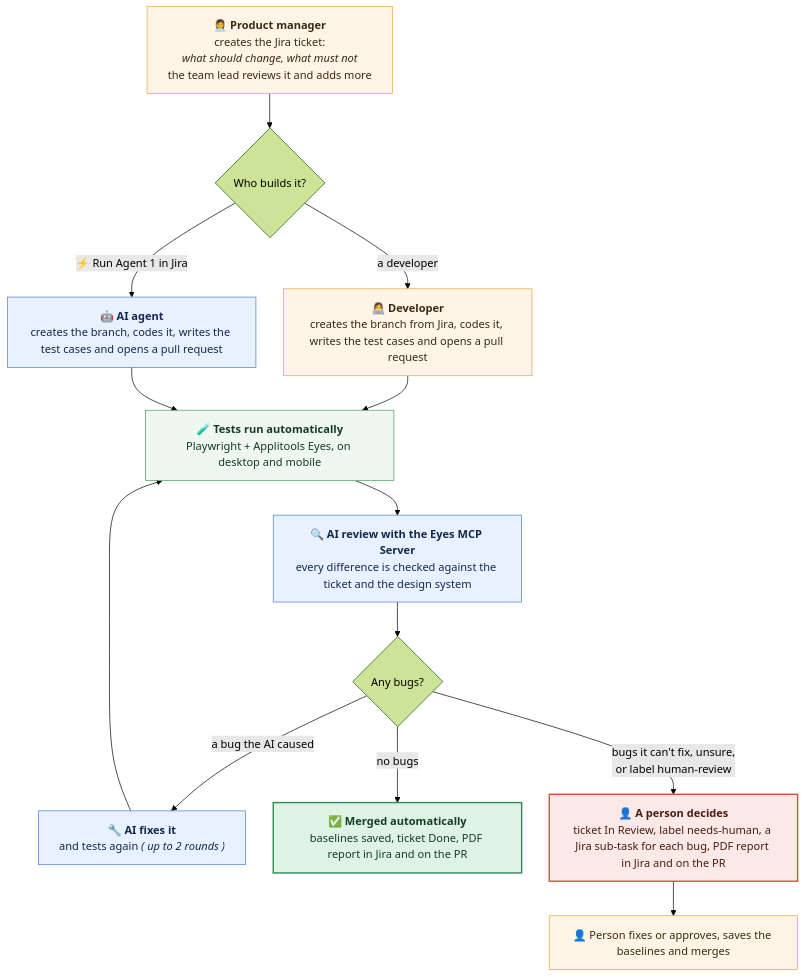
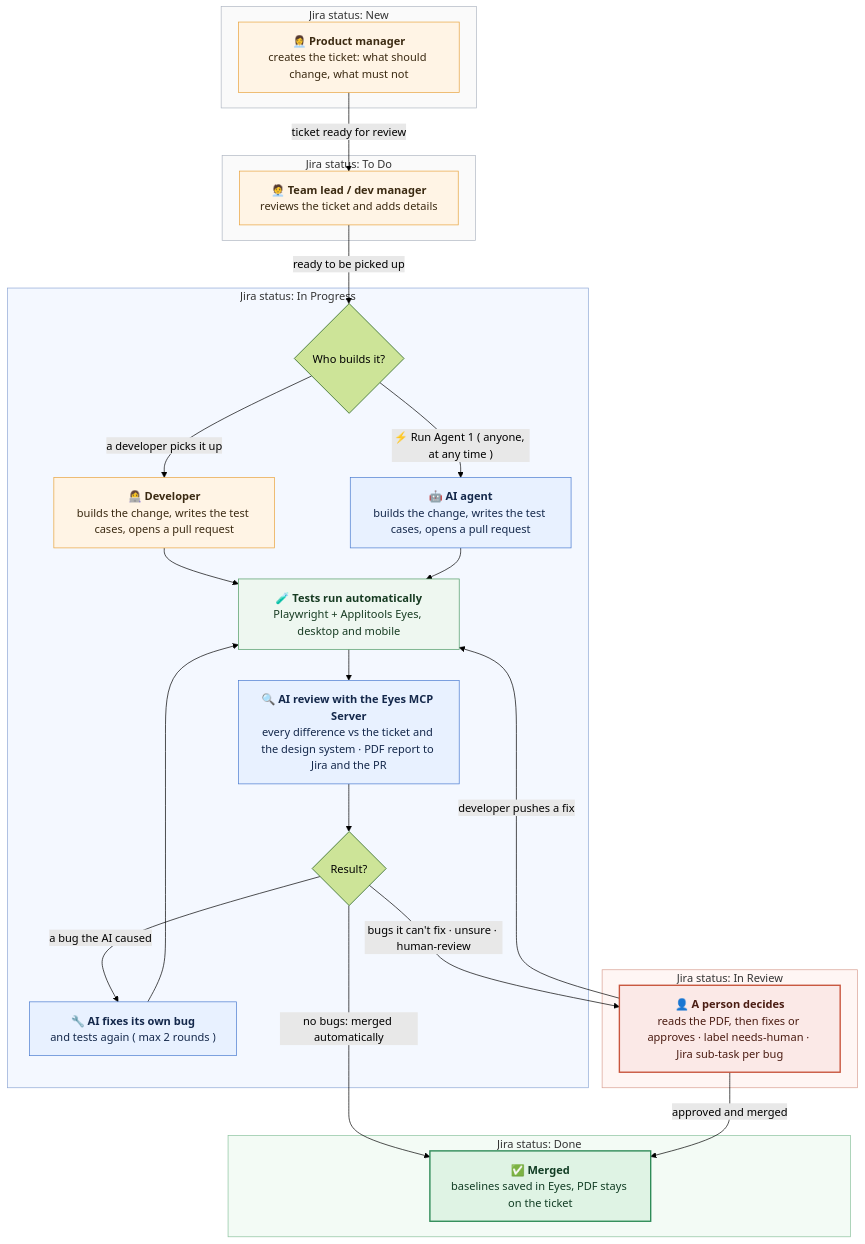
Before and after one commit to ssharma007-dev/wikipedia-visual-ci: the diagram in docs/images/user-flow.mmd, drawn with Mermaid (forest theme). The commit also changed 3 other files, not shown here.

Commit message:
User flow diagram grouped by Jira status, with who acts and what triggers each step

```diff
--- a/docs/images/user-flow.mmd
+++ b/docs/images/user-flow.mmd
@@ -1,30 +1,54 @@
-%%{init: {"flowchart": {"wrappingWidth": 300, "nodeSpacing": 40, "rankSpacing": 50}}}%%
+%%{init: {"flowchart": {"wrappingWidth": 260, "nodeSpacing": 30, "rankSpacing": 45, "curve": "basis"}}}%%
 flowchart TD
-    A["👩‍💼 <b>Product manager</b><br/>creates the Jira ticket:<br/><i>what should change, what must not</i><br/>the team lead reviews it and adds more"] --> B{"Who builds it?"}
+    subgraph S1["Jira status: New"]
+        A["👩‍💼 <b>Product manager</b><br/>creates the ticket: what should change, what must not"]
+    end
+    subgraph S2["Jira status: To Do"]
+        B["🧑‍💼 <b>Team lead / dev manager</b><br/>reviews the ticket and adds details"]
+    end
+    subgraph S3["Jira status: In Progress"]
+        C{"Who builds it?"}
+        D["👩‍💻 <b>Developer</b><br/>builds the change, writes the test cases, opens a pull request"]
+        E["🤖 <b>AI agent</b><br/>builds the change, writes the test cases, opens a pull request"]
+        F["🧪 <b>Tests run automatically</b><br/>Playwright + Applitools Eyes, desktop and mobile"]
+        G["🔍 <b>AI review with the Eyes MCP Server</b><br/>every difference vs the ticket and the design system · PDF report to Jira and the PR"]
+        H{"Result?"}
+        I["🔧 <b>AI fixes its own bug</b><br/>and tests again ( max 2 rounds )"]
+    end
+    subgraph S4["Jira status: In Review"]
+        J["👤 <b>A person decides</b><br/>reads the PDF, then fixes or approves · label needs-human · Jira sub-task per bug"]
+    end
+    subgraph S5["Jira status: Done"]
+        K["✅ <b>Merged</b><br/>baselines saved in Eyes, PDF stays on the ticket"]
+    end
 
-    B -->|"a developer"| C["👩‍💻 <b>Developer</b><br/>creates the branch from Jira, codes it, writes the test cases and opens a pull request"]
-    B -->|"⚡ Run Agent 1 in Jira"| D["🤖 <b>AI agent</b><br/>creates the branch, codes it, writes the test cases and opens a pull request"]
-
-    C --> E["🧪 <b>Tests run automatically</b><br/>Playwright + Applitools Eyes, on desktop and mobile"]
-    D --> E
-
-    E --> F["🔍 <b>AI review with the Eyes MCP Server</b><br/>every difference is checked against the ticket and the design system"]
-
-    F --> G{"Any bugs?"}
-    G -->|"a bug the AI caused"| H["🔧 <b>AI fixes it</b><br/>and tests again <i>( up to 2 rounds )</i>"]
-    H --> E
-
-    G -->|"no bugs"| I["✅ <b>Merged automatically</b><br/>baselines saved, ticket Done, PDF report in Jira and on the PR"]
-    G -->|"bugs it can't fix, unsure,<br/>or label human-review"| J["👤 <b>A person decides</b><br/>ticket In Review, label needs-human, a Jira sub-task for each bug, PDF report in Jira and on the PR"]
-    J --> K["👤 Person fixes or approves, saves the baselines and merges"]
+    A -->|"ticket ready for review"| B
+    B -->|"ready to be picked up"| C
+    C -->|"a developer picks it up"| D
+    C -->|"⚡ Run Agent 1 ( anyone, at any time )"| E
+    D --> F
+    E --> F
+    F --> G
+    G --> H
+    H -->|"no bugs: merged automatically"| K
+    H -->|"a bug the AI caused"| I
+    I --> F
+    H -->|"bugs it can't fix · unsure · human-review"| J
+    J -->|"developer pushes a fix"| F
+    J -->|"approved and merged"| K
 
     classDef person fill:#FFF4E5,stroke:#E8A33D,color:#3B2A12
     classDef ai fill:#E8F1FF,stroke:#4A7BD0,color:#14284B
     classDef auto fill:#EEF7F0,stroke:#4E9A64,color:#173B22
     classDef good fill:#DFF3E4,stroke:#2E8B57,color:#123D24,stroke-width:2px
     classDef decide fill:#FBE9E7,stroke:#C8553D,color:#4A1C12,stroke-width:2px
-    class A,C,K person
-    class D,F,H ai
-    class E auto
-    class I good
+    class A,B,D person
+    class E,G,I ai
+    class F auto
+    class K good
     class J decide
+    style S1 fill:#FAFAFA,stroke:#B0B7C3
+    style S2 fill:#FAFAFA,stroke:#B0B7C3
+    style S3 fill:#F4F8FF,stroke:#8FA8D6
+    style S4 fill:#FFF6F4,stroke:#D9A093
+    style S5 fill:#F3FBF5,stroke:#8CC29E
```
